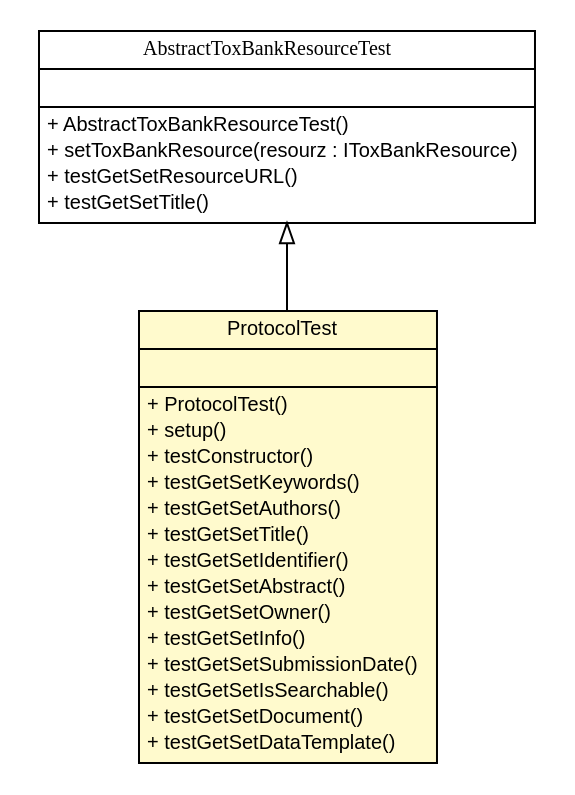
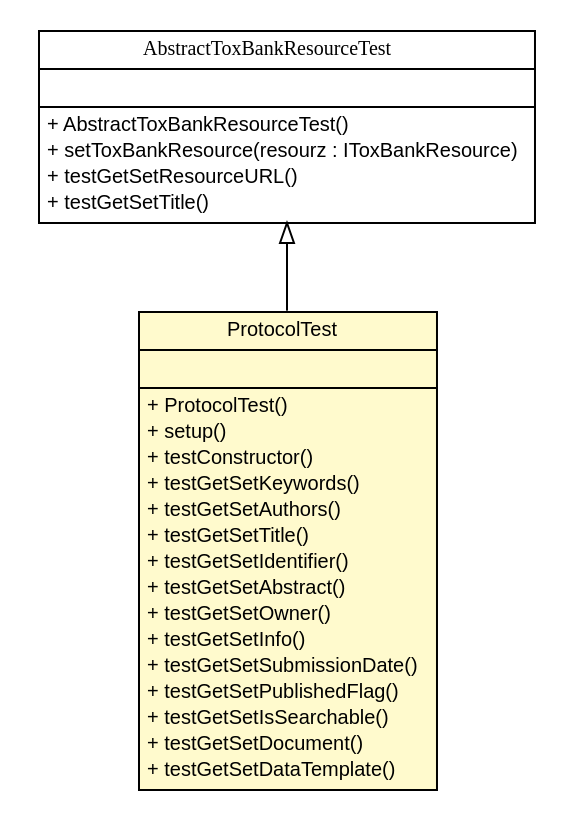
The diagram in testapidocs/net/toxbank/client/resource/ProtocolTest.dot (ToxBank/toxbank-api-beans), drawn with Graphviz before and after one commit. The commit also changed 102 other files, not shown here.

```diff
--- a/testapidocs/net/toxbank/client/resource/ProtocolTest.dot
+++ b/testapidocs/net/toxbank/client/resource/ProtocolTest.dot
@@ -1,52 +1,53 @@
 #!/usr/local/bin/dot
 #
 # Class diagram 
 # Generated by UmlGraph version 4.6 (http://www.spinellis.gr/sw/umlgraph)
 #
 
 digraph G {
 	edge [fontname="arial",fontsize=10,labelfontname="arial",labelfontsize=10];
 	node [fontname="arial",fontsize=10,shape=plaintext];
 	// net.toxbank.client.resource.ProtocolTest
 	c429 [label=<<table border="0" cellborder="1" cellspacing="0" cellpadding="2" port="p" bgcolor="lemonChiffon" href="./ProtocolTest.html">
 		<tr><td><table border="0" cellspacing="0" cellpadding="1">
 			<tr><td> ProtocolTest </td></tr>
 		</table></td></tr>
 		<tr><td><table border="0" cellspacing="0" cellpadding="1">
 			<tr><td align="left">  </td></tr>
 		</table></td></tr>
 		<tr><td><table border="0" cellspacing="0" cellpadding="1">
 			<tr><td align="left"> + ProtocolTest() </td></tr>
 			<tr><td align="left"> + setup() </td></tr>
 			<tr><td align="left"> + testConstructor() </td></tr>
 			<tr><td align="left"> + testGetSetKeywords() </td></tr>
 			<tr><td align="left"> + testGetSetAuthors() </td></tr>
 			<tr><td align="left"> + testGetSetTitle() </td></tr>
 			<tr><td align="left"> + testGetSetIdentifier() </td></tr>
 			<tr><td align="left"> + testGetSetAbstract() </td></tr>
 			<tr><td align="left"> + testGetSetOwner() </td></tr>
 			<tr><td align="left"> + testGetSetInfo() </td></tr>
 			<tr><td align="left"> + testGetSetSubmissionDate() </td></tr>
+			<tr><td align="left"> + testGetSetPublishedFlag() </td></tr>
 			<tr><td align="left"> + testGetSetIsSearchable() </td></tr>
 			<tr><td align="left"> + testGetSetDocument() </td></tr>
 			<tr><td align="left"> + testGetSetDataTemplate() </td></tr>
 		</table></td></tr>
 		</table>>, fontname="arial", fontcolor="black", fontsize=10.0];
 	// net.toxbank.client.resource.AbstractToxBankResourceTest
 	c436 [label=<<table border="0" cellborder="1" cellspacing="0" cellpadding="2" port="p" href="./AbstractToxBankResourceTest.html">
 		<tr><td><table border="0" cellspacing="0" cellpadding="1">
 			<tr><td><font face="ariali"> AbstractToxBankResourceTest </font></td></tr>
 		</table></td></tr>
 		<tr><td><table border="0" cellspacing="0" cellpadding="1">
 			<tr><td align="left">  </td></tr>
 		</table></td></tr>
 		<tr><td><table border="0" cellspacing="0" cellpadding="1">
 			<tr><td align="left"> + AbstractToxBankResourceTest() </td></tr>
 			<tr><td align="left"> + setToxBankResource(resourz : IToxBankResource) </td></tr>
 			<tr><td align="left"> + testGetSetResourceURL() </td></tr>
 			<tr><td align="left"> + testGetSetTitle() </td></tr>
 		</table></td></tr>
 		</table>>, fontname="arial", fontcolor="black", fontsize=10.0];
 	//net.toxbank.client.resource.ProtocolTest extends net.toxbank.client.resource.AbstractToxBankResourceTest
 	c436:p -> c429:p [dir=back,arrowtail=empty];
 }
```
